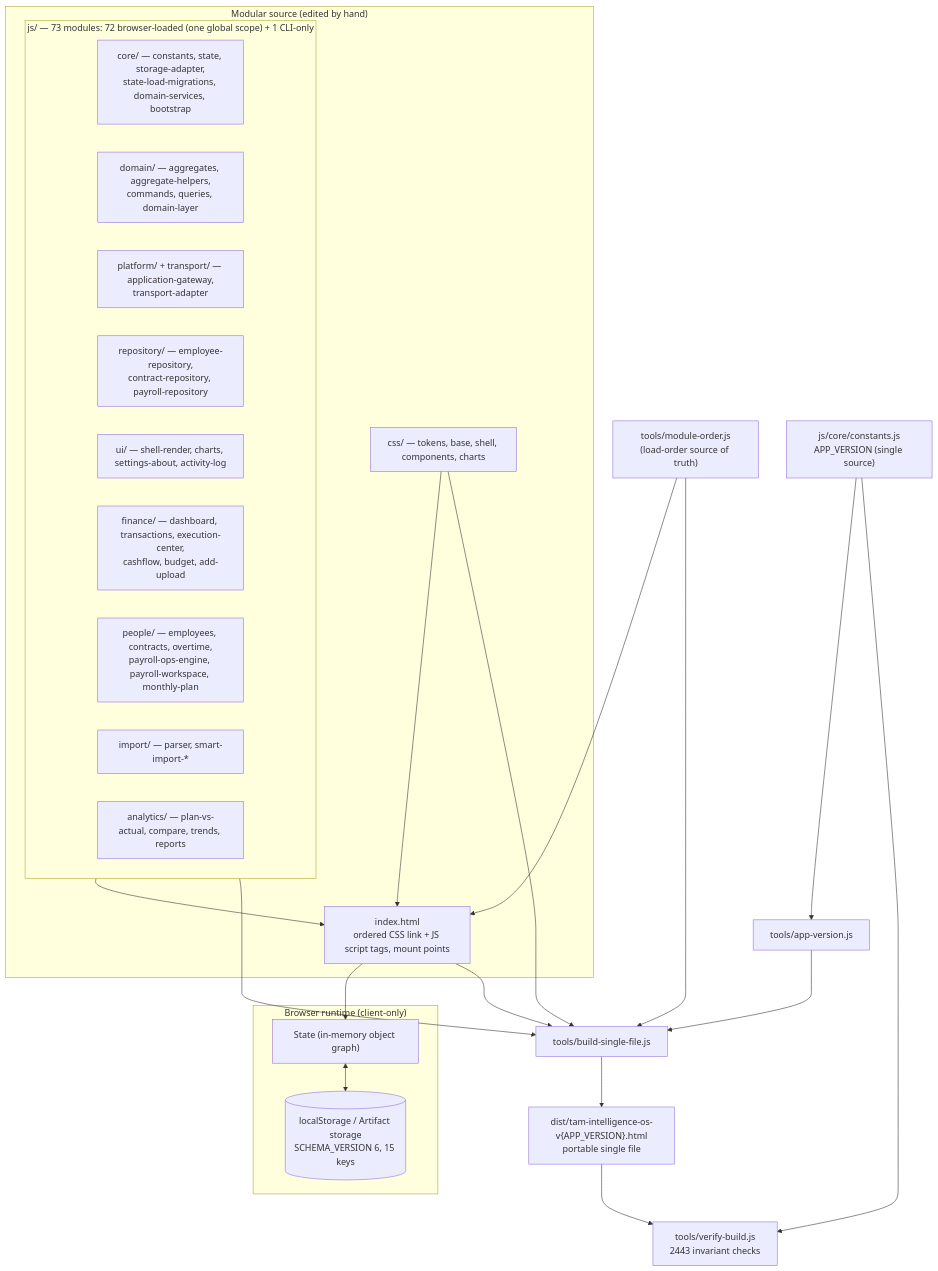
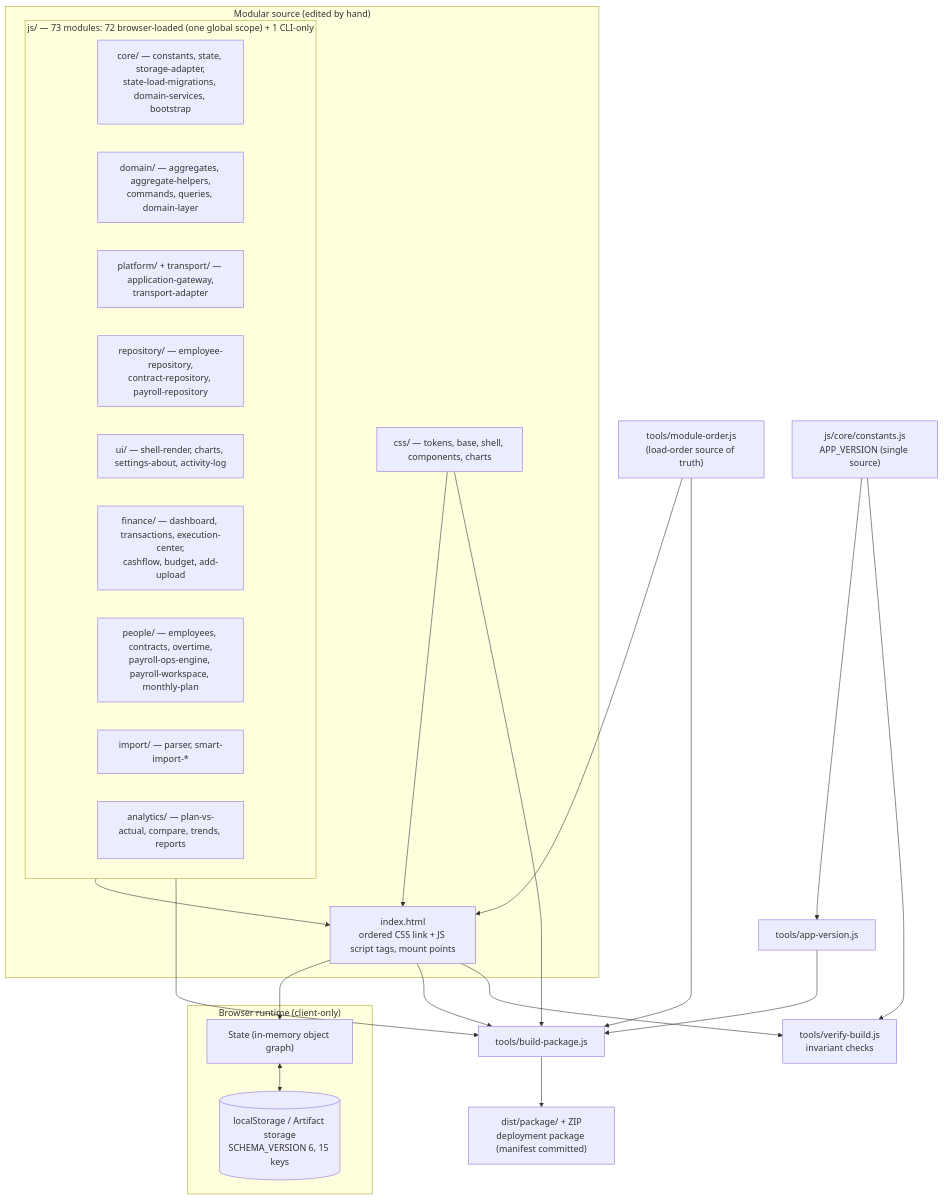
The first of 3 diagrams in ARCHITECTURE.md (fanoryu/TAM-OS-Next), drawn with Mermaid before and after one commit. The commit also changed other lines of this file and 40 other files, not shown here.

First line of the commit message:
build: add strict-CSP deployment package

````diff
--- a/ARCHITECTURE.md
+++ b/ARCHITECTURE.md
@@ -105,45 +110,45 @@
 ```mermaid
 flowchart TD
   subgraph SRC["Modular source (edited by hand)"]
     IDX["index.html<br/>ordered CSS link + JS script tags, mount points"]
     CSS["css/ — tokens, base, shell, components, charts"]
     subgraph JSMOD["js/ — 73 modules: 72 browser-loaded (one global scope) + 1 CLI-only"]
       CORE["core/ — constants, state, storage-adapter,<br/>state-load-migrations, domain-services, bootstrap"]
       DOM["domain/ — aggregates, aggregate-helpers,<br/>commands, queries, domain-layer"]
       PLAT["platform/ + transport/ — application-gateway,<br/>transport-adapter"]
       REPO["repository/ — employee-repository,<br/>contract-repository, payroll-repository"]
       UI["ui/ — shell-render, charts, settings-about, activity-log"]
       FIN["finance/ — dashboard, transactions, execution-center,<br/>cashflow, budget, add-upload"]
       PPL["people/ — employees, contracts, overtime,<br/>payroll-ops-engine, payroll-workspace, monthly-plan"]
       IMP["import/ — parser, smart-import-*"]
       ANA["analytics/ — plan-vs-actual, compare, trends, reports"]
     end
   end
 
   subgraph RUN["Browser runtime (client-only)"]
     STATE["State (in-memory object graph)"]
     LS[("localStorage / Artifact storage<br/>SCHEMA_VERSION 6, 15 keys")]
   end
 
   ORDER["tools/module-order.js<br/>(load-order source of truth)"]
   CONST["js/core/constants.js<br/>APP_VERSION (single source)"]
   AV["tools/app-version.js"]
-  BUILD["tools/build-single-file.js"]
-  VERIFY["tools/verify-build.js<br/>2443 invariant checks"]
-  DIST["dist/tam-intelligence-os-v{APP_VERSION}.html<br/>portable single file"]
+  BUILD["tools/build-package.js"]
+  VERIFY["tools/verify-build.js<br/>invariant checks"]
+  DIST["dist/package/ + ZIP<br/>deployment package (manifest committed)"]
 
   CSS --> IDX
   JSMOD --> IDX
   IDX --> STATE
   STATE <--> LS
 
   ORDER --> IDX
   ORDER --> BUILD
   CONST --> AV --> BUILD
   IDX --> BUILD
   CSS --> BUILD
   JSMOD --> BUILD
   BUILD --> DIST
-  DIST --> VERIFY
+  IDX --> VERIFY
   CONST --> VERIFY
 ```
````
